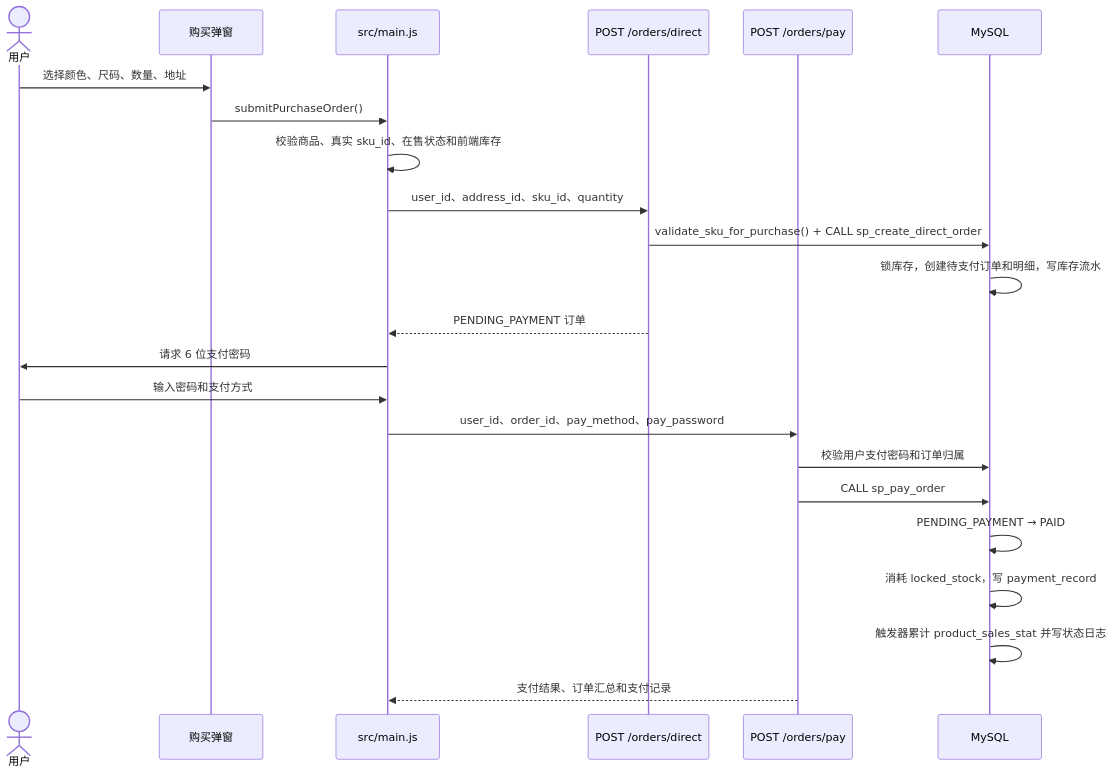
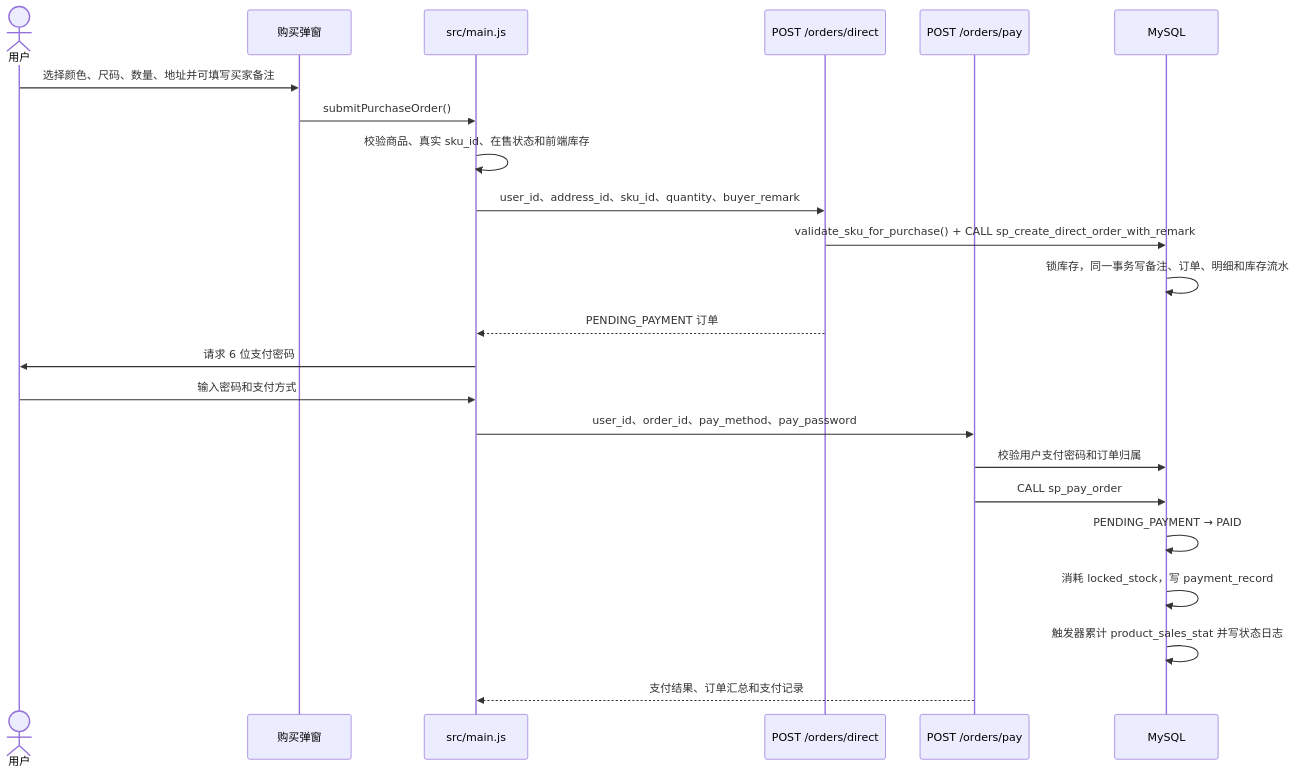
One commit to laananed/Cloth-Shop changed the sixth of 10 diagrams in docs/current-project-architecture.md. Above: the diagram before and after it, drawn with Mermaid. The commit also changed other lines of this file and 7 other files, not shown here.

````diff
--- a/docs/current-project-architecture.md
+++ b/docs/current-project-architecture.md
@@ -427,26 +430,26 @@
 ```mermaid
 sequenceDiagram
     actor User as 用户
     participant UI as 购买弹窗
     participant JS as src/main.js
     participant Direct as POST /orders/direct
     participant Pay as POST /orders/pay
     participant DB as MySQL
 
-    User->>UI: 选择颜色、尺码、数量、地址
+    User->>UI: 选择颜色、尺码、数量、地址并可填写买家备注
     UI->>JS: submitPurchaseOrder()
     JS->>JS: 校验商品、真实 sku_id、在售状态和前端库存
-    JS->>Direct: user_id、address_id、sku_id、quantity
-    Direct->>DB: validate_sku_for_purchase() + CALL sp_create_direct_order
-    DB->>DB: 锁库存，创建待支付订单和明细，写库存流水
+    JS->>Direct: user_id、address_id、sku_id、quantity、buyer_remark
+    Direct->>DB: validate_sku_for_purchase() + CALL sp_create_direct_order_with_remark
+    DB->>DB: 锁库存，同一事务写备注、订单、明细和库存流水
     Direct-->>JS: PENDING_PAYMENT 订单
     JS->>User: 请求 6 位支付密码
     User->>JS: 输入密码和支付方式
     JS->>Pay: user_id、order_id、pay_method、pay_password
     Pay->>DB: 校验用户支付密码和订单归属
     Pay->>DB: CALL sp_pay_order
     DB->>DB: PENDING_PAYMENT → PAID
     DB->>DB: 消耗 locked_stock，写 payment_record
     DB->>DB: 触发器累计 product_sales_stat 并写状态日志
     Pay-->>JS: 支付结果、订单汇总和支付记录
 ```
````
